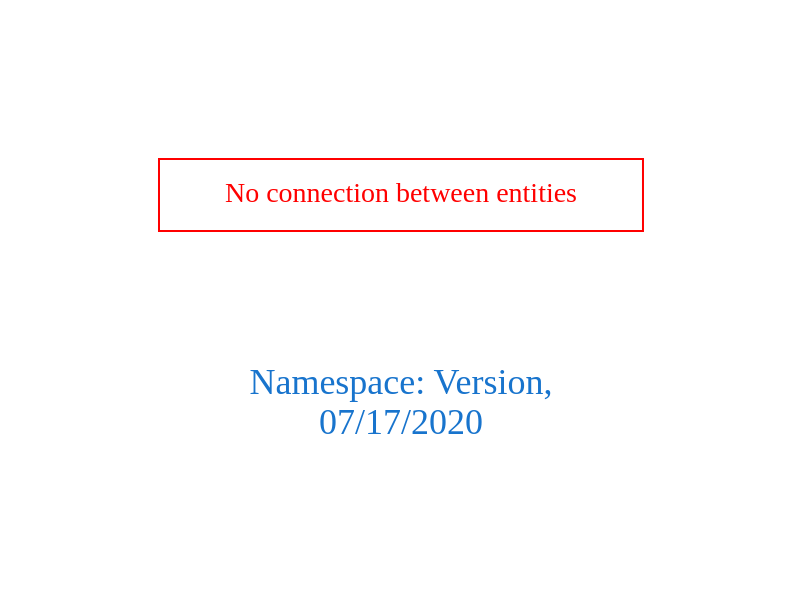
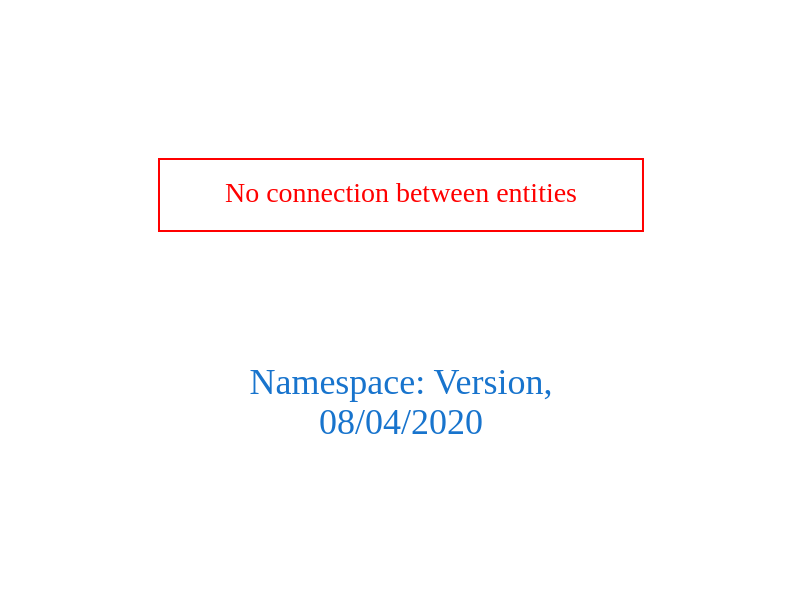
One commit to arago/OGIT changed the diagram in downloads/Version.dot. Above: the diagram before and after it, drawn with Graphviz. The commit also changed 1760 other files, not shown here.

```diff
--- a/downloads/Version.dot
+++ b/downloads/Version.dot
@@ -1,9 +1,9 @@
 digraph OGIT_ontology {
  graph [ rankdir= LR,pad=1 
 fontsize = 18,
-fontcolor= dodgerblue3,label = "\n\n\nNamespace: Version, \n 07/17/2020"];
+fontcolor= dodgerblue3,label = "\n\n\nNamespace: Version, \n 08/04/2020"];
 node[shape=polygon];
 edge [  color="gray81"];
 
 "No connection between entities" [fontcolor = "red",color="red", shape="polygon"]
 }
```
